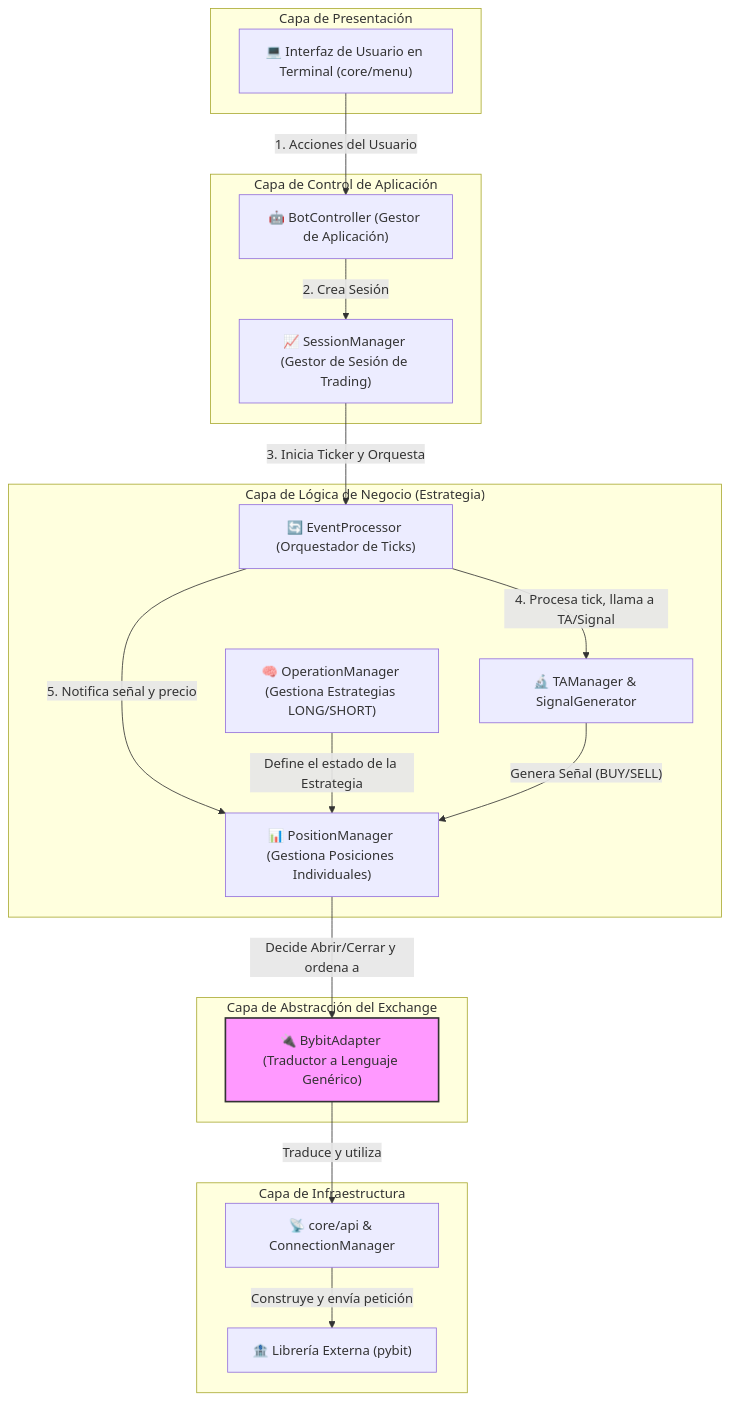
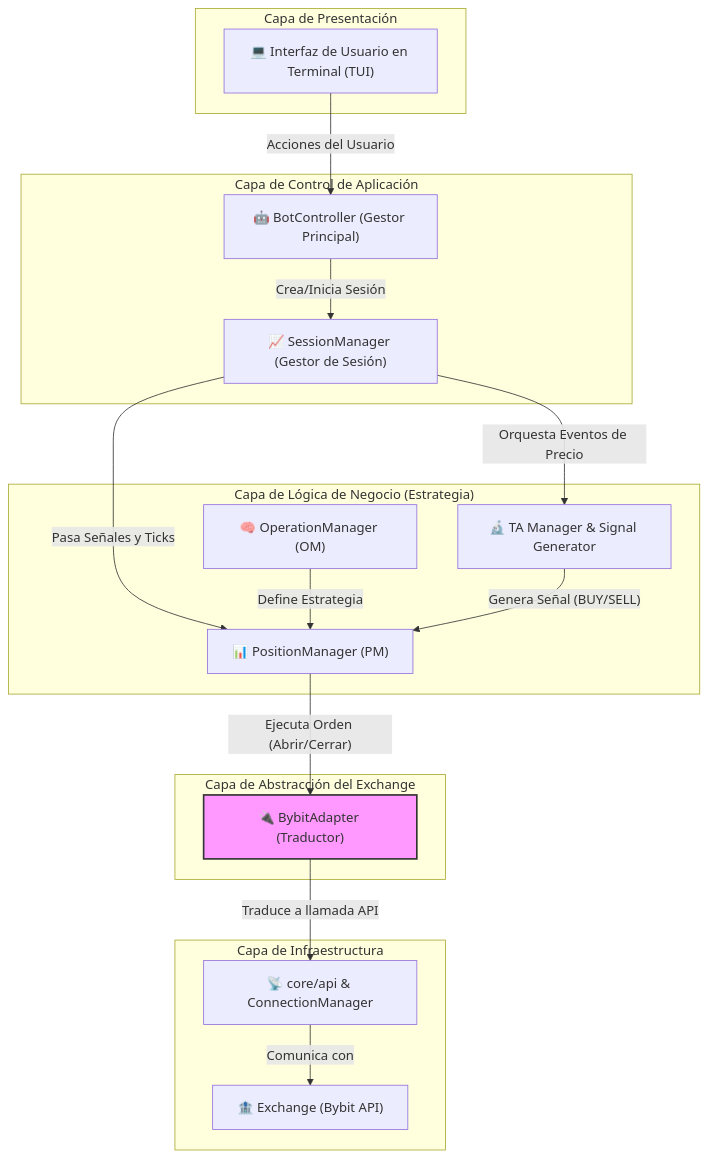
One commit to zantgo/bybit-futures-bot changed the diagram in README.md. Above: the diagram before and after it, drawn with Mermaid. The commit also changed other lines of this file, not shown here.

````diff
--- a/README.md
+++ b/README.md
@@ -49,40 +36,38 @@
 ```mermaid
 graph TD
     subgraph "Capa de Presentación"
-        TUI["💻 Interfaz de Usuario en Terminal (core/menu)"]
+        TUI["💻 Interfaz de Usuario en Terminal (TUI)"]
     end
 
     subgraph "Capa de Control de Aplicación"
-        BotController["🤖 BotController (Gestor de Aplicación)"]
-        SessionManager["📈 SessionManager (Gestor de Sesión de Trading)"]
+        BotController["🤖 BotController (Gestor Principal)"]
+        SessionManager["📈 SessionManager (Gestor de Sesión)"]
     end
 
     subgraph "Capa de Lógica de Negocio (Estrategia)"
-        OM["🧠 OperationManager (Gestiona Estrategias LONG/SHORT)"]
-        PM["📊 PositionManager (Gestiona Posiciones Individuales)"]
-        EventProcessor["🔄 EventProcessor (Orquestador de Ticks)"]
-        TA_Signal["🔬 TAManager & SignalGenerator"]
+        OM["🧠 OperationManager (OM)"]
+        PM["📊 PositionManager (PM)"]
+        TA_Signal["🔬 TA Manager & Signal Generator"]
     end
 
     subgraph "Capa de Abstracción del Exchange"
         style Adapter fill:#f9f,stroke:#333,stroke-width:2px
-        Adapter["🔌 BybitAdapter (Traductor a Lenguaje Genérico)"]
+        Adapter["🔌 BybitAdapter (Traductor)"]
     end
 
     subgraph "Capa de Infraestructura"
         API["📡 core/api & ConnectionManager"]
-        Pybit["🏦 Librería Externa (pybit)"]
+        Bybit["🏦 Exchange (Bybit API)"]
     end
 
-    %% --- Flujo de Control y Dependencias ---
-    TUI -- "1. Acciones del Usuario" --> BotController
-    BotController -- "2. Crea Sesión" --> SessionManager
-    SessionManager -- "3. Inicia Ticker y Orquesta" --> EventProcessor
-    EventProcessor -- "4. Procesa tick, llama a TA/Signal" --> TA_Signal
-    EventProcessor -- "5. Notifica señal y precio" --> PM
-    OM -- "Define el estado de la Estrategia" --> PM
+    %% --- Conexiones entre capas ---
+    TUI -- "Acciones del Usuario" --> BotController
+    BotController -- "Crea/Inicia Sesión" --> SessionManager
+    SessionManager -- "Orquesta Eventos de Precio" --> TA_Signal
+    SessionManager -- "Pasa Señales y Ticks" --> PM
+    OM -- "Define Estrategia" --> PM
     TA_Signal -- "Genera Señal (BUY/SELL)" --> PM
-    PM -- "Decide Abrir/Cerrar y ordena a" --> Adapter
-    Adapter -- "Traduce y utiliza" --> API
-    API -- "Construye y envía petición" --> Pybit
+    PM -- "Ejecuta Orden (Abrir/Cerrar)" --> Adapter
+    Adapter -- "Traduce a llamada API" --> API
+    API -- "Comunica con" --> Bybit
 ```
````
